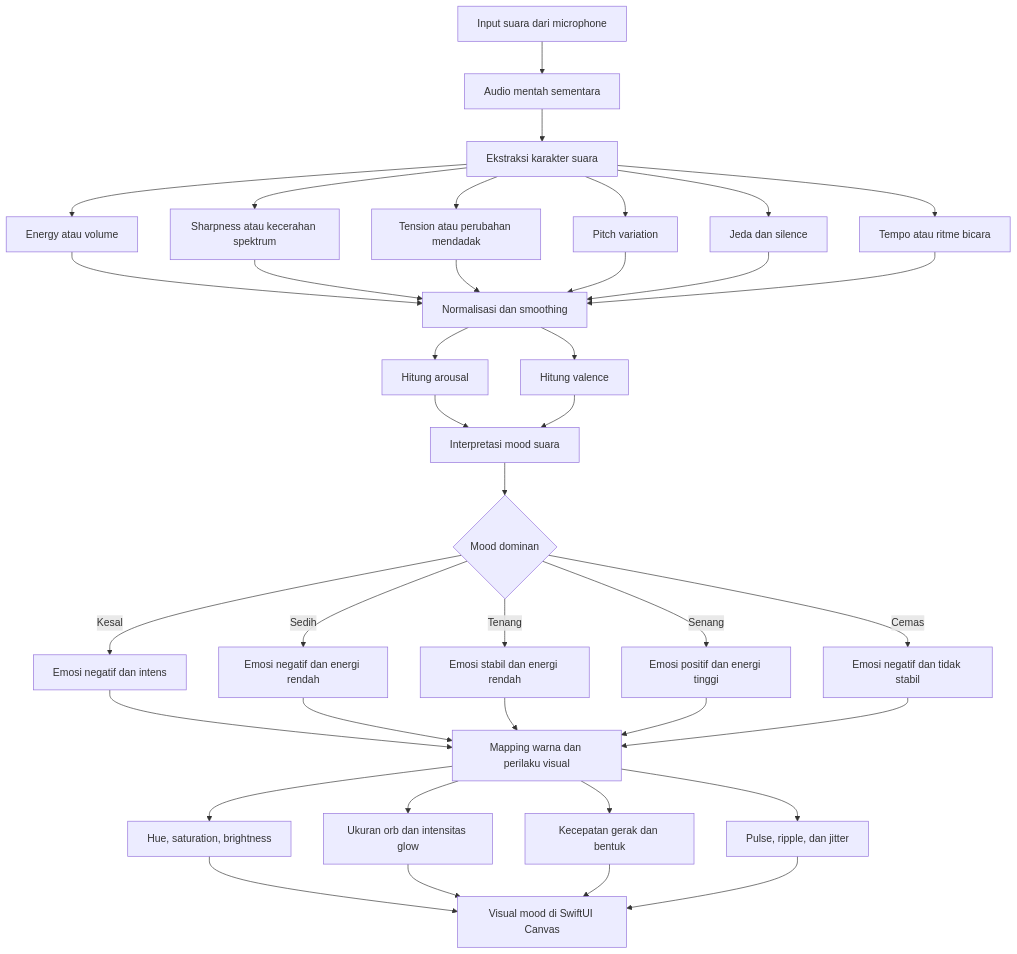
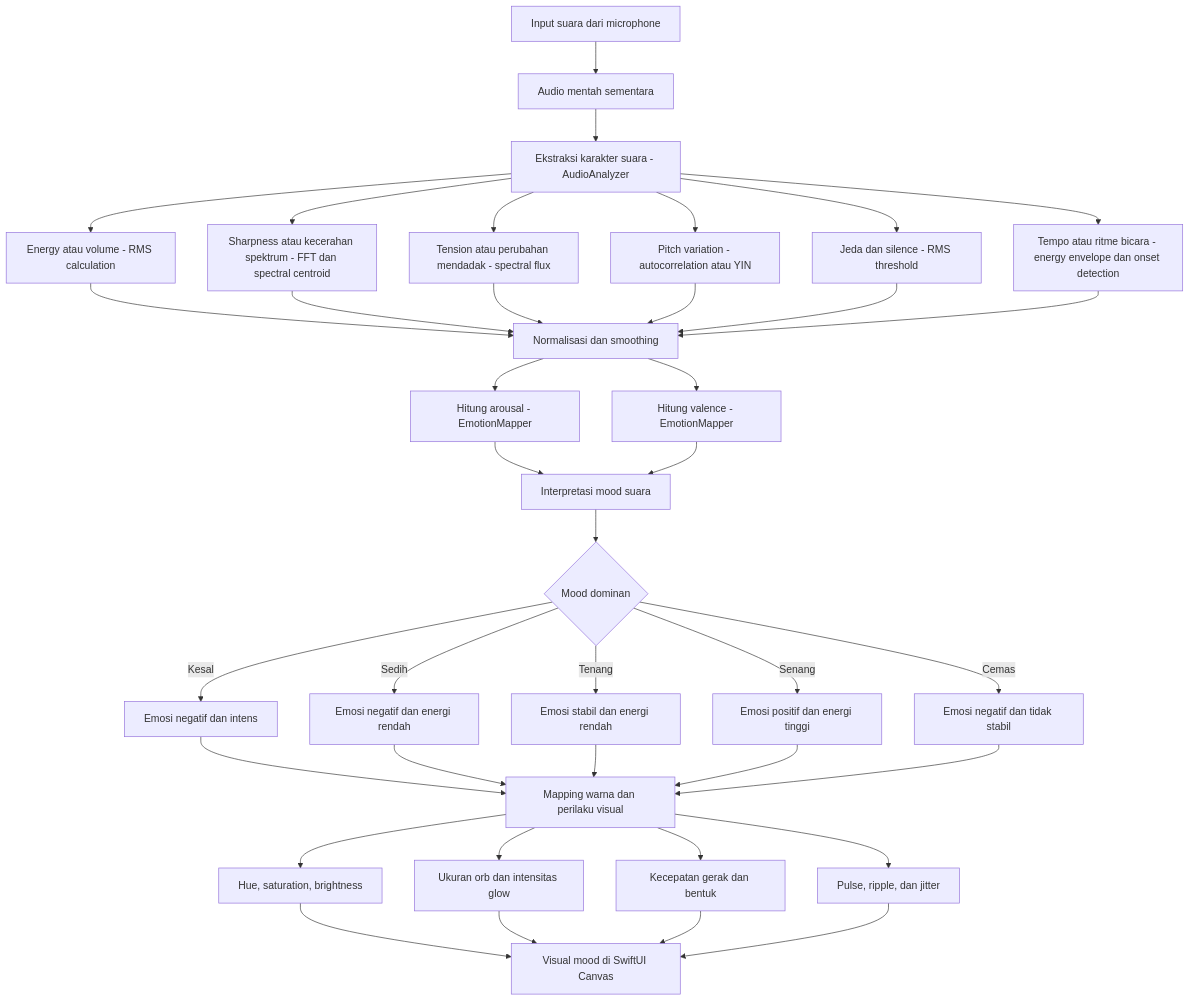
The first of 2 diagrams in audio-to-emotion-flowcharts.md (nunutech40/ConvertAudioToColor), drawn with Mermaid before and after one commit.

Commit message:
annotate audio feature extraction technologies

````diff
--- a/audio-to-emotion-flowcharts.md
+++ b/audio-to-emotion-flowcharts.md
@@ -7,48 +7,48 @@
 ```mermaid
 flowchart TD
     A[Input suara dari microphone] --> B[Audio mentah sementara]
-    B --> C[Ekstraksi karakter suara]
+    B --> C[Ekstraksi karakter suara - AudioAnalyzer]
 
-    C --> D[Energy atau volume]
-    C --> E[Sharpness atau kecerahan spektrum]
-    C --> F[Tension atau perubahan mendadak]
-    C --> G[Pitch variation]
-    C --> H[Jeda dan silence]
-    C --> I[Tempo atau ritme bicara]
+    C --> D[Energy atau volume - RMS calculation]
+    C --> E[Sharpness atau kecerahan spektrum - FFT dan spectral centroid]
+    C --> F[Tension atau perubahan mendadak - spectral flux]
+    C --> G[Pitch variation - autocorrelation atau YIN]
+    C --> H[Jeda dan silence - RMS threshold]
+    C --> I[Tempo atau ritme bicara - energy envelope dan onset detection]
 
     D --> J[Normalisasi dan smoothing]
     E --> J
     F --> J
     G --> J
     H --> J
     I --> J
 
-    J --> K[Hitung arousal]
-    J --> L[Hitung valence]
+    J --> K[Hitung arousal - EmotionMapper]
+    J --> L[Hitung valence - EmotionMapper]
 
     K --> M[Interpretasi mood suara]
     L --> M
 
     M --> N{Mood dominan}
     N -- Kesal --> O[Emosi negatif dan intens]
     N -- Sedih --> P[Emosi negatif dan energi rendah]
     N -- Tenang --> Q[Emosi stabil dan energi rendah]
     N -- Senang --> R[Emosi positif dan energi tinggi]
     N -- Cemas --> S[Emosi negatif dan tidak stabil]
 
     O --> T[Mapping warna dan perilaku visual]
     P --> T
     Q --> T
     R --> T
     S --> T
 
     T --> U[Hue, saturation, brightness]
     T --> V[Ukuran orb dan intensitas glow]
     T --> W[Kecepatan gerak dan bentuk]
     T --> X[Pulse, ripple, dan jitter]
 
     U --> Y[Visual mood di SwiftUI Canvas]
     V --> Y
     W --> Y
     X --> Y
 ```
````
